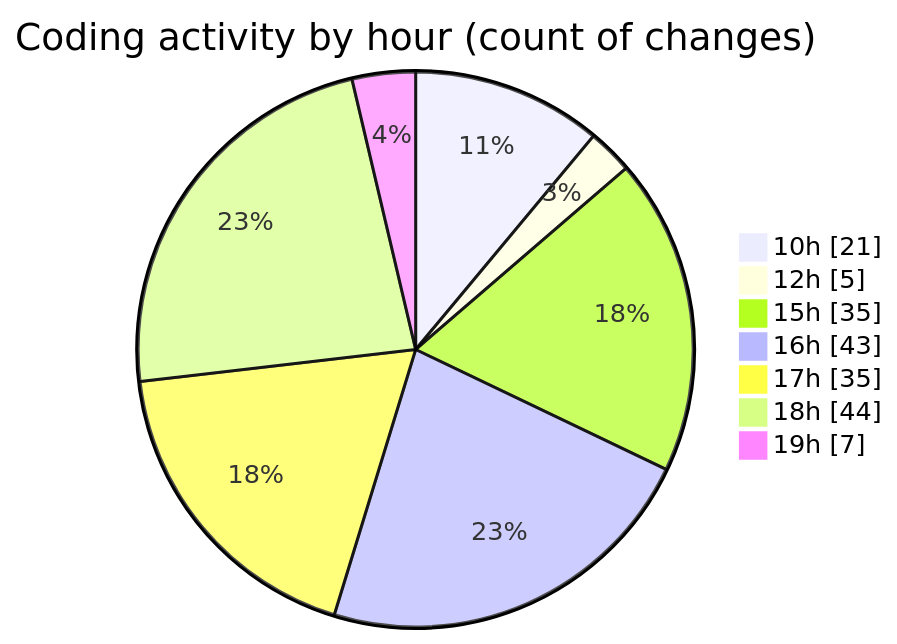
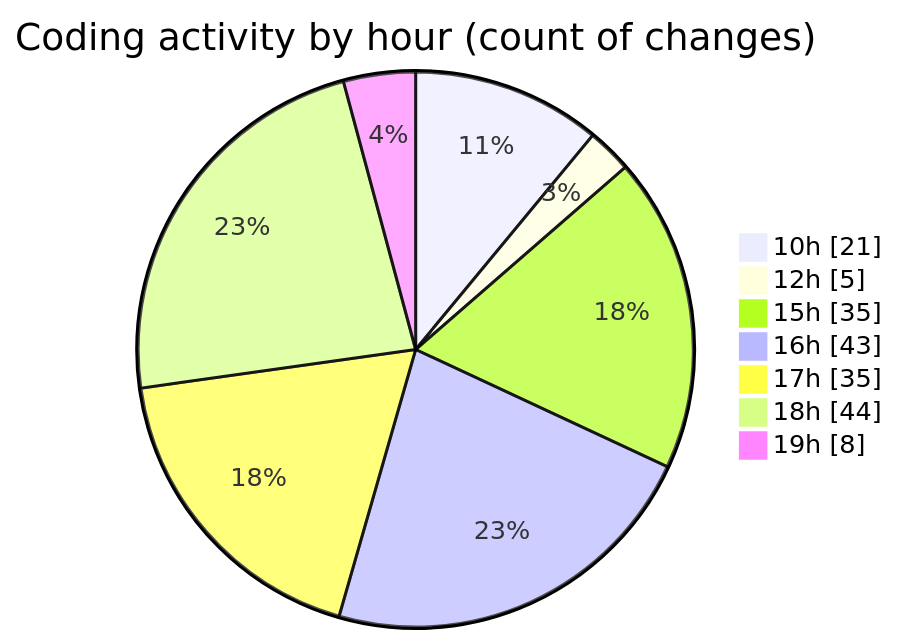
The second of 2 diagrams in 2025-08-27/cda/README.md (momahboobian/code-tracking), drawn with Mermaid before and after one commit. The commit also changed other lines of this file and 1 other file, not shown here.

````diff
--- a/2025-08-27/cda/README.md
+++ b/2025-08-27/cda/README.md
@@ -49,11 +49,11 @@
 ```mermaid
 pie showData
 title Coding activity by hour (count of changes)
 "10h" : 21
 "12h" : 5
 "15h" : 35
 "16h" : 43
 "17h" : 35
 "18h" : 44
-"19h" : 7
+"19h" : 8
 ```
````
